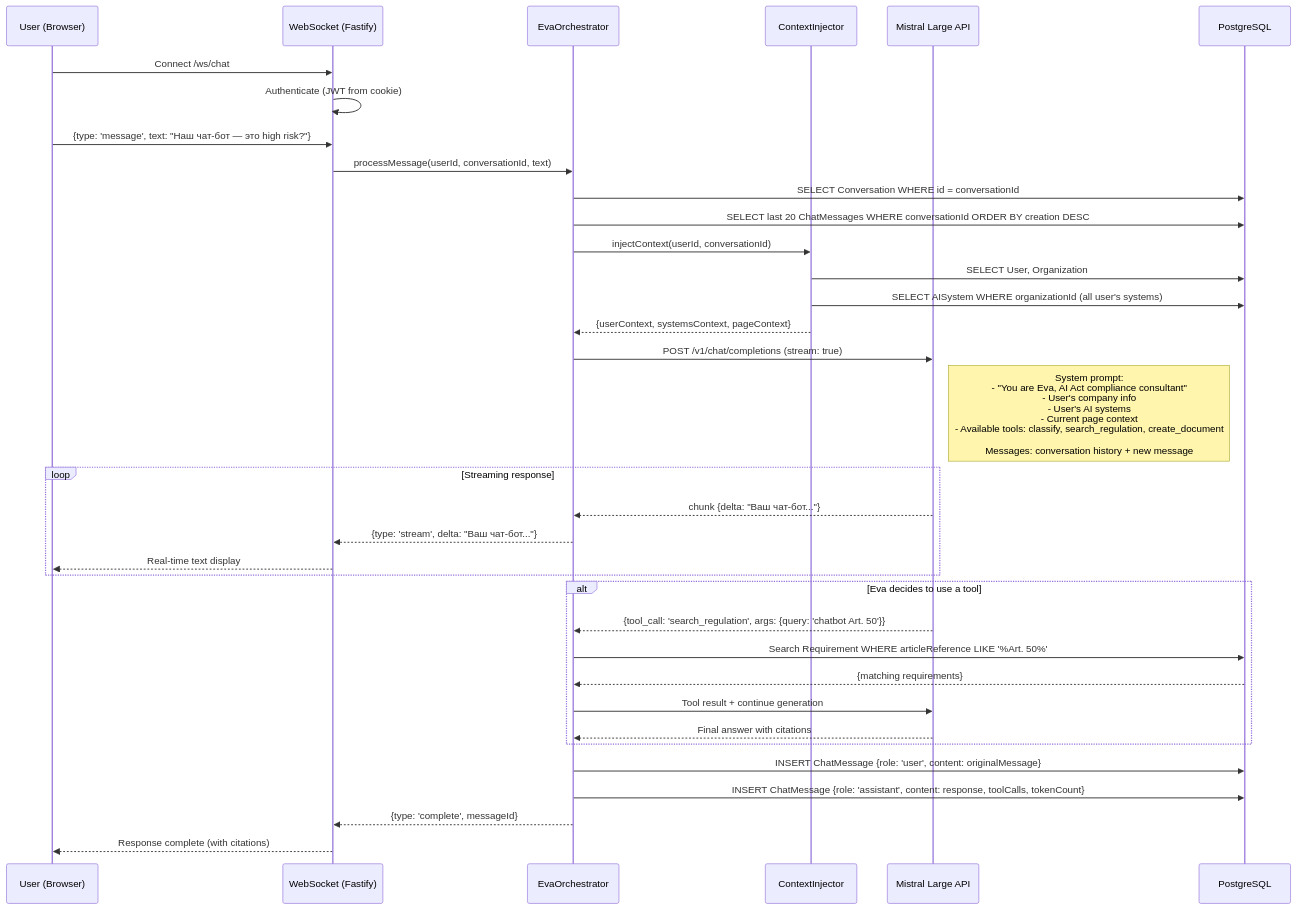
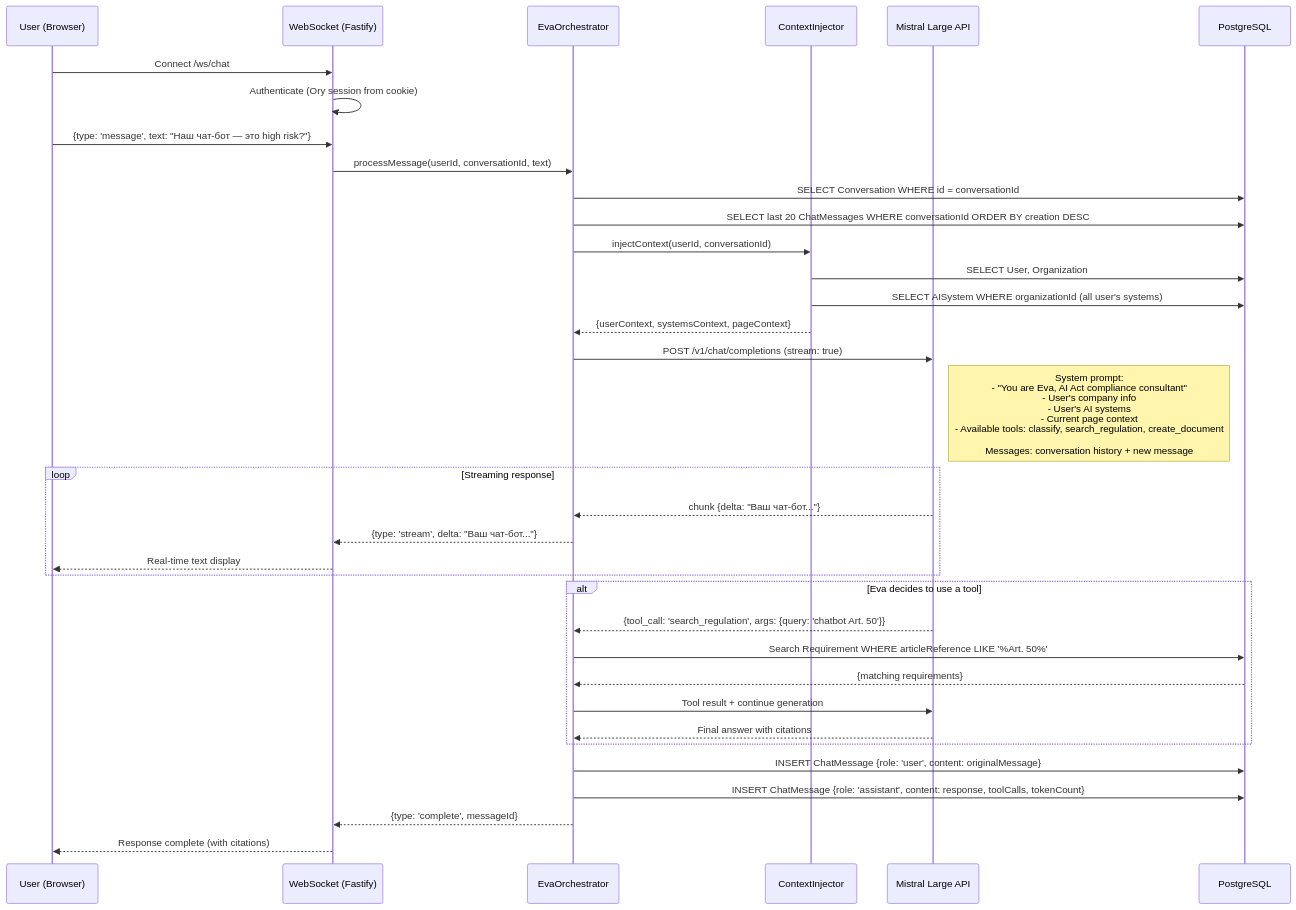
The fourth of 10 diagrams in docs/DATA-FLOWS.md (complior/complior), drawn with Mermaid before and after one commit. The commit also changed other lines of this file and 10 other files, not shown here.

````diff
--- a/docs/DATA-FLOWS.md
+++ b/docs/DATA-FLOWS.md
@@ -171,46 +177,46 @@
 ```mermaid
 sequenceDiagram
     participant User as User (Browser)
     participant WS as WebSocket (Fastify)
     participant Eva as EvaOrchestrator
     participant Context as ContextInjector
     participant LLM as Mistral Large API
     participant DB as PostgreSQL
 
     User->>WS: Connect /ws/chat
-    WS->>WS: Authenticate (JWT from cookie)
+    WS->>WS: Authenticate (Ory session from cookie)
 
     User->>WS: {type: 'message', text: "Наш чат-бот — это high risk?"}
 
     WS->>Eva: processMessage(userId, conversationId, text)
 
     Eva->>DB: SELECT Conversation WHERE id = conversationId
     Eva->>DB: SELECT last 20 ChatMessages WHERE conversationId ORDER BY creation DESC
 
     Eva->>Context: injectContext(userId, conversationId)
     Context->>DB: SELECT User, Organization
     Context->>DB: SELECT AISystem WHERE organizationId (all user's systems)
     Context-->>Eva: {userContext, systemsContext, pageContext}
 
     Eva->>LLM: POST /v1/chat/completions (stream: true)
     Note right of LLM: System prompt:<br/>- "You are Eva, AI Act compliance consultant"<br/>- User's company info<br/>- User's AI systems<br/>- Current page context<br/>- Available tools: classify, search_regulation, create_document<br/><br/>Messages: conversation history + new message
 
     loop Streaming response
         LLM-->>Eva: chunk {delta: "Ваш чат-бот..."}
         Eva-->>WS: {type: 'stream', delta: "Ваш чат-бот..."}
         WS-->>User: Real-time text display
     end
 
     alt Eva decides to use a tool
         LLM-->>Eva: {tool_call: 'search_regulation', args: {query: 'chatbot Art. 50'}}
         Eva->>DB: Search Requirement WHERE articleReference LIKE '%Art. 50%'
         DB-->>Eva: {matching requirements}
         Eva->>LLM: Tool result + continue generation
         LLM-->>Eva: Final answer with citations
     end
 
     Eva->>DB: INSERT ChatMessage {role: 'user', content: originalMessage}
     Eva->>DB: INSERT ChatMessage {role: 'assistant', content: response, toolCalls, tokenCount}
     Eva-->>WS: {type: 'complete', messageId}
     WS-->>User: Response complete (with citations)
 ```
````
